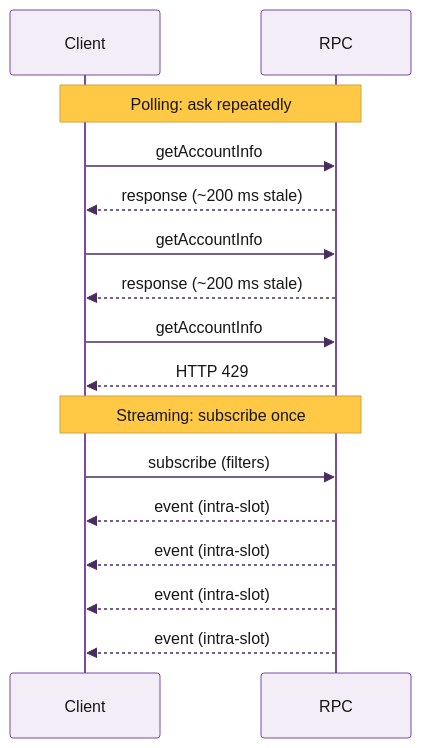
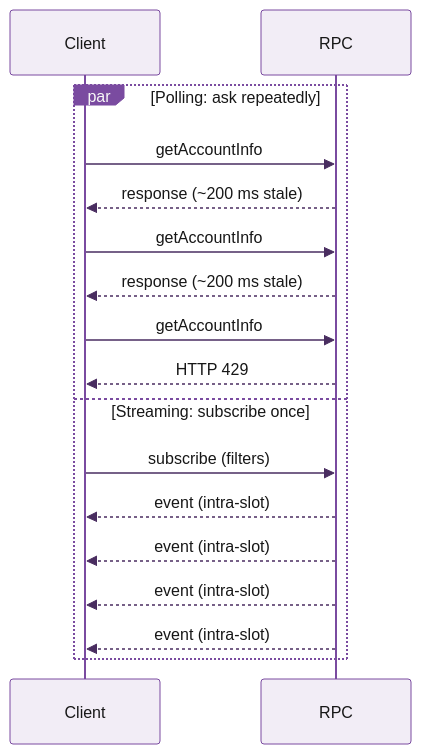
The diagram in solana/streaming/overview.mdx (kshyndina/docs), drawn with Mermaid before and after one commit. The commit also changed other lines of this file, not shown here.

Commit message:
streaming overview: parallel polling/streaming diagram + service cards

````diff
--- a/solana/streaming/overview.mdx
+++ b/solana/streaming/overview.mdx
@@ -11,19 +11,20 @@
 ```mermaid
 %%{init: {'theme':'base','themeVariables':{'primaryColor':'#F2EDF6','primaryBorderColor':'#7A4BA0','primaryTextColor':'#171717','lineColor':'#956FB3','secondaryColor':'#E4DBEC','tertiaryColor':'#D7C9E3','noteBkgColor':'#FFC845','noteTextColor':'#171717','actorBkg':'#F2EDF6','actorBorder':'#7A4BA0','actorTextColor':'#171717','signalColor':'#492D60','labelBoxBkgColor':'#7A4BA0','labelTextColor':'#F7F7F7','edgeLabelBackground':'transparent'}}}%%
 sequenceDiagram
     participant Client
     participant RPC
-    Note over Client,RPC: Polling: ask repeatedly
-    Client->>RPC: getAccountInfo
-    RPC-->>Client: response (~200 ms stale)
-    Client->>RPC: getAccountInfo
-    RPC-->>Client: response (~200 ms stale)
-    Client->>RPC: getAccountInfo
-    RPC-->>Client: HTTP 429
-    Note over Client,RPC: Streaming: subscribe once
-    Client->>RPC: subscribe (filters)
-    RPC-->>Client: event (intra-slot)
-    RPC-->>Client: event (intra-slot)
-    RPC-->>Client: event (intra-slot)
-    RPC-->>Client: event (intra-slot)
+    par Polling: ask repeatedly
+        Client->>RPC: getAccountInfo
+        RPC-->>Client: response (~200 ms stale)
+        Client->>RPC: getAccountInfo
+        RPC-->>Client: response (~200 ms stale)
+        Client->>RPC: getAccountInfo
+        RPC-->>Client: HTTP 429
+    and Streaming: subscribe once
+        Client->>RPC: subscribe (filters)
+        RPC-->>Client: event (intra-slot)
+        RPC-->>Client: event (intra-slot)
+        RPC-->>Client: event (intra-slot)
+        RPC-->>Client: event (intra-slot)
+    end
 ```
````
